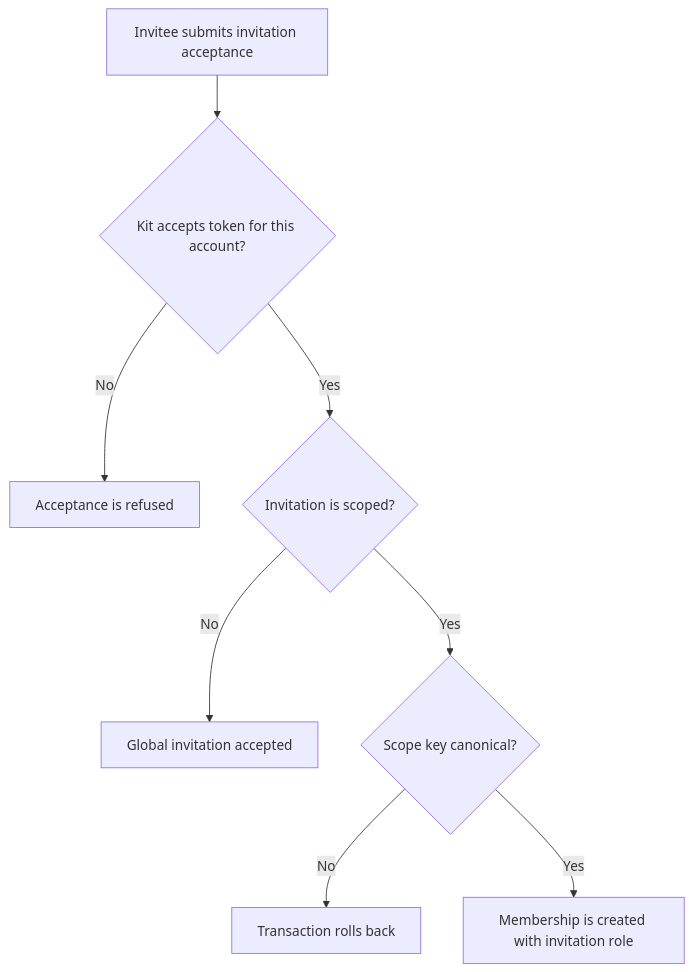
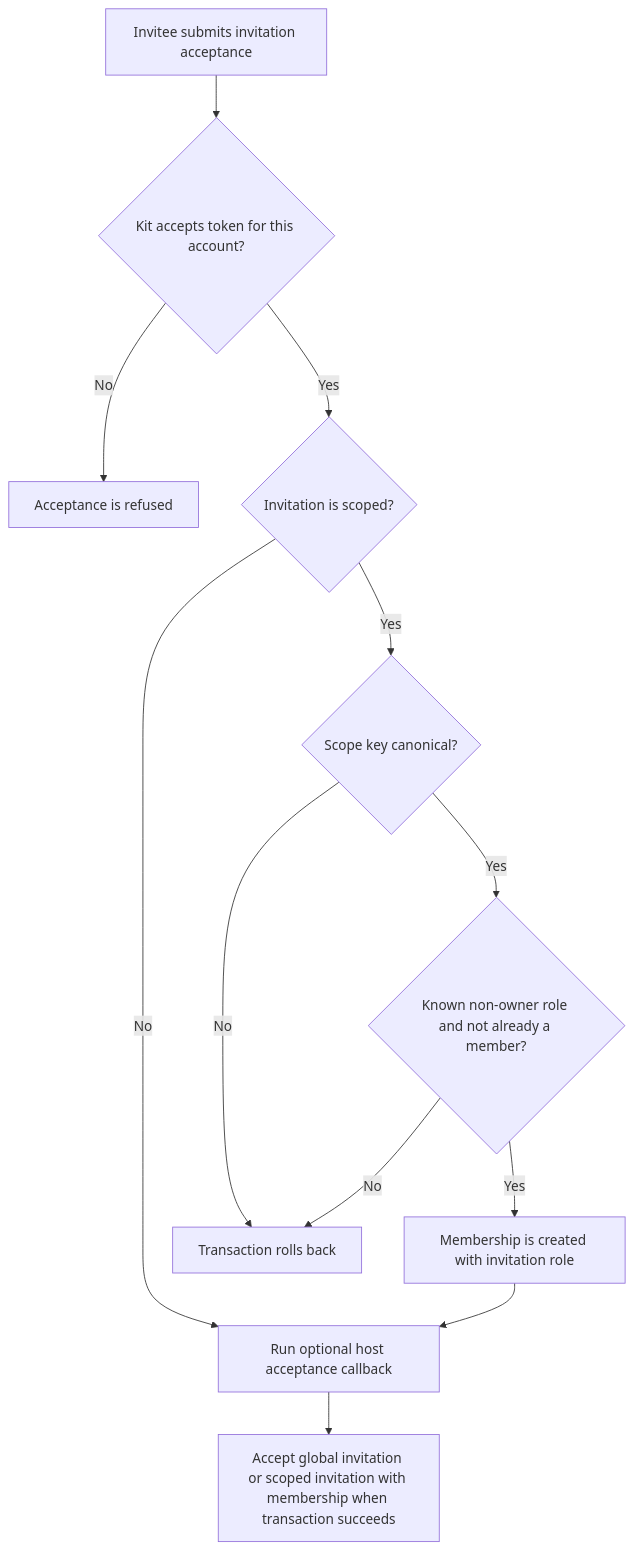
The first of 2 diagrams in user-stories/US-ACCESS-10-accept-invitation.md (Kevinjohn/oss-adonisjs-access-control), drawn with Mermaid before and after one commit. The commit also changed other lines of this file and 7 other files, not shown here.

Commit message:
docs: correct catalogue behavior and recovery flows

````diff
--- a/user-stories/US-ACCESS-10-accept-invitation.md
+++ b/user-stories/US-ACCESS-10-accept-invitation.md
@@ -20,10 +20,14 @@
 ```mermaid
 flowchart TD
     A["Invitee submits invitation acceptance"] --> B{"Kit accepts token for this account?"}
     B -->|No| C["Acceptance is refused"]
     B -->|Yes| D{"Invitation is scoped?"}
-    D -->|No| E["Global invitation accepted"]
+    D -->|No| I["Run optional host acceptance callback"]
     D -->|Yes| F{"Scope key canonical?"}
     F -->|No| G["Transaction rolls back"]
-    F -->|Yes| H["Membership is created with invitation role"]
+    F -->|Yes| H{"Known non-owner role and not already a member?"}
+    H -->|No| G
+    H -->|Yes| J["Membership is created with invitation role"]
+    J --> I
+    I --> K["Accept global invitation or scoped invitation with membership when transaction succeeds"]
 ```
````
